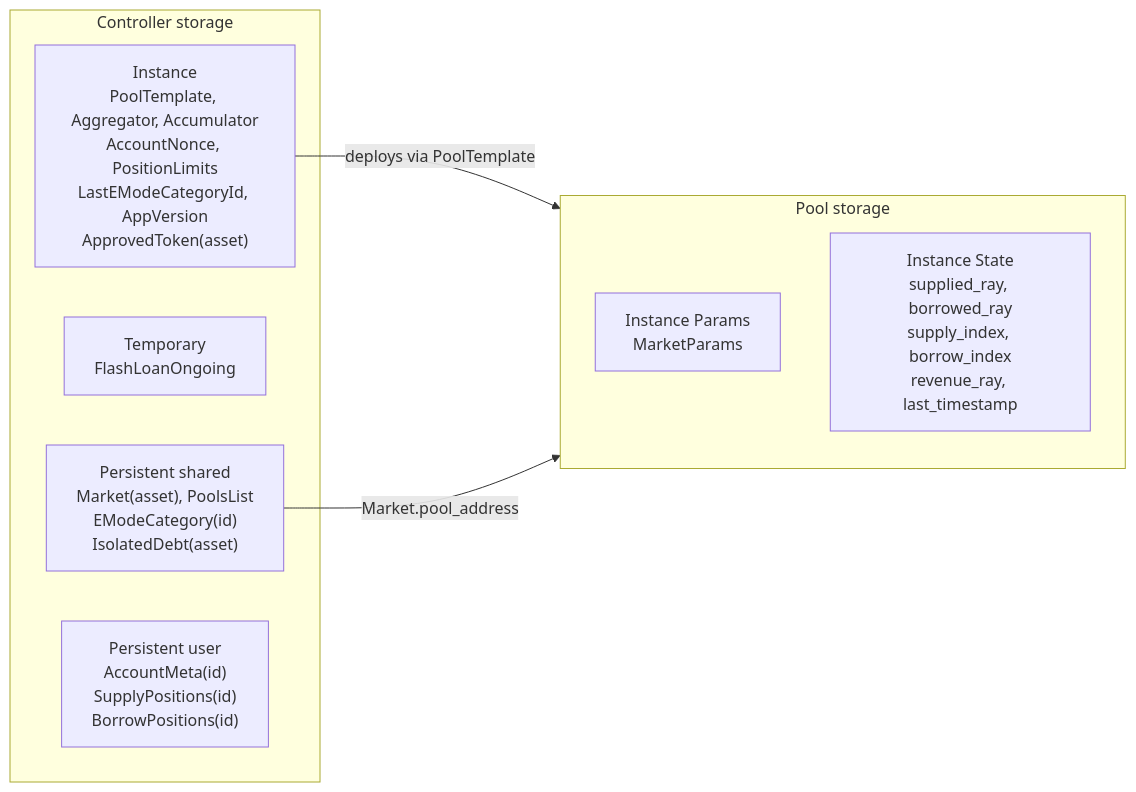
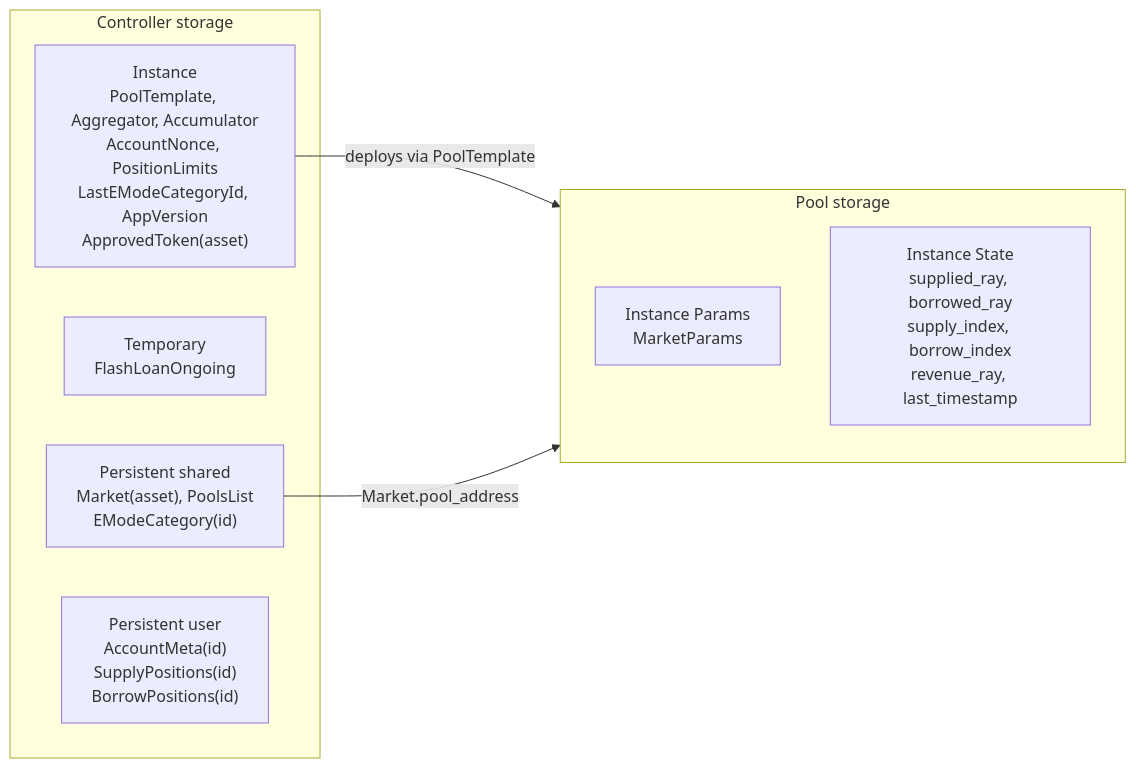
Before and after one commit to XOXNO/rs-lending-xlm: diagram 12 of 14 in SCF_BUILD_ARCHITECTURE.md, drawn with Mermaid. The commit also changed other lines of this file and 107 other files, not shown here.

First line of the commit message:
refactor: remove isolation-mode / isolated-debt subsystem

````diff
--- a/SCF_BUILD_ARCHITECTURE.md
+++ b/SCF_BUILD_ARCHITECTURE.md
@@ -983,17 +953,17 @@
 ```mermaid
 flowchart LR
     subgraph ControllerStorage["Controller storage"]
         I["Instance<br/>PoolTemplate, Aggregator, Accumulator<br/>AccountNonce, PositionLimits<br/>LastEModeCategoryId, AppVersion<br/>ApprovedToken(asset)"]
         T["Temporary<br/>FlashLoanOngoing"]
-        M["Persistent shared<br/>Market(asset), PoolsList<br/>EModeCategory(id)<br/>IsolatedDebt(asset)"]
+        M["Persistent shared<br/>Market(asset), PoolsList<br/>EModeCategory(id)"]
         U["Persistent user<br/>AccountMeta(id)<br/>SupplyPositions(id)<br/>BorrowPositions(id)"]
     end
 
     subgraph PoolStorage["Pool storage"]
         PS["Instance Params<br/>MarketParams"]
         ST["Instance State<br/>supplied_ray, borrowed_ray<br/>supply_index, borrow_index<br/>revenue_ray, last_timestamp"]
     end
 
     I -->|"deploys via PoolTemplate"| PoolStorage
     M -->|"Market.pool_address"| PoolStorage
 ```
````
